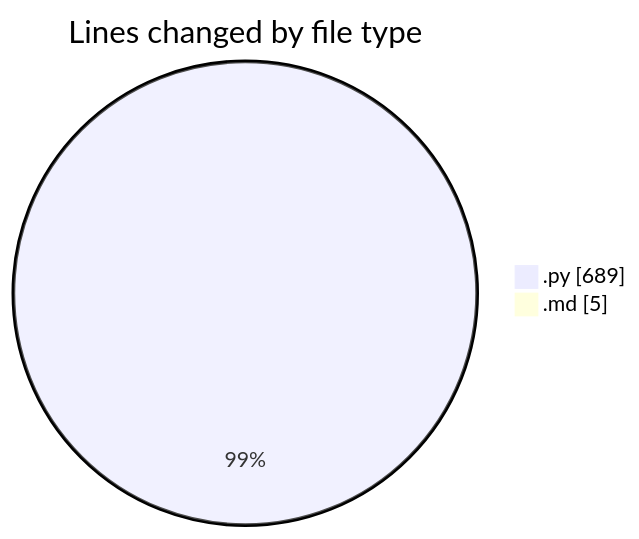
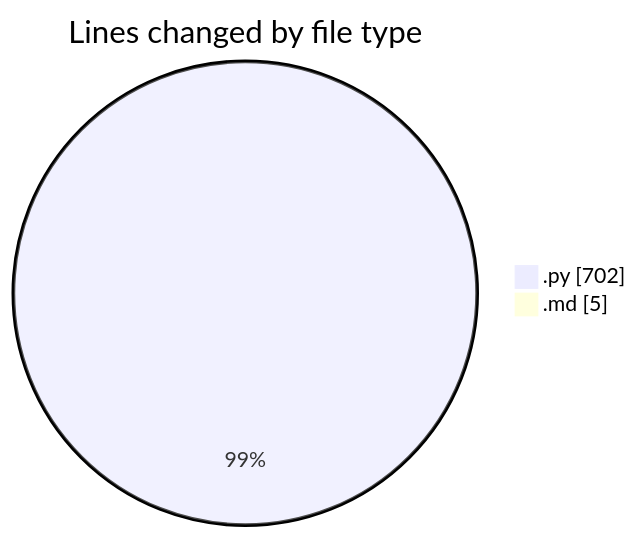
Before and after one commit to Ritupan-Deka/code-tracking: the first of 2 diagrams in 2026-01-10/dsa/README.md, drawn with Mermaid. The commit also changed other lines of this file and 1 other file, not shown here.

````diff
--- a/2026-01-10/dsa/README.md
+++ b/2026-01-10/dsa/README.md
@@ -21,6 +21,6 @@
 ```mermaid
 pie showData
 title Lines changed by file type
-".py" : 689
+".py" : 702
 ".md" : 5
 ```
````
